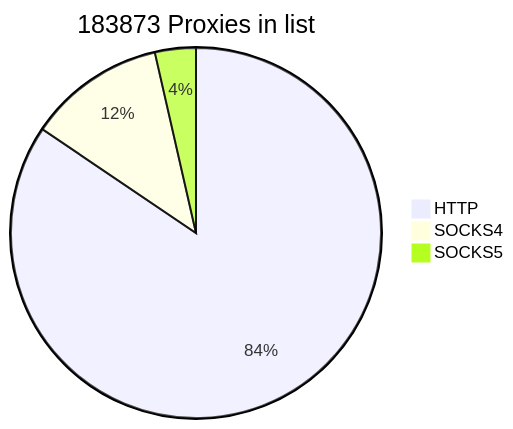
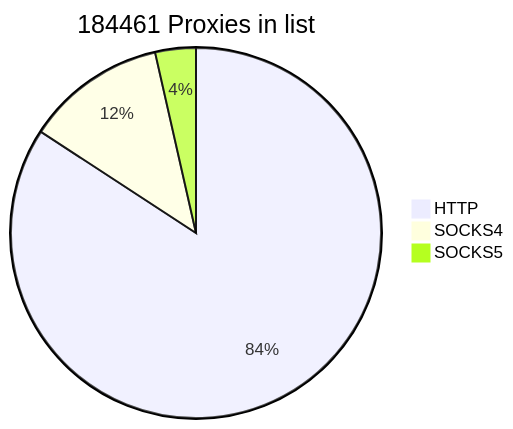
One commit to cutipu/proxylist changed the first of 2 diagrams in README.md. Above: the diagram before and after it, drawn with Mermaid. The commit also changed other lines of this file, not shown here.

````diff
--- a/README.md
+++ b/README.md
@@ -2,7 +2,7 @@
 ```mermaid
-pie title 183873 Proxies in list
-    "HTTP" : 155297
-    "SOCKS4" : 22016
-    "SOCKS5" : 6560
+pie title 184461 Proxies in list
+    "HTTP" : 155318
+    "SOCKS4" : 22598
+    "SOCKS5" : 6545
             
 ```
````
